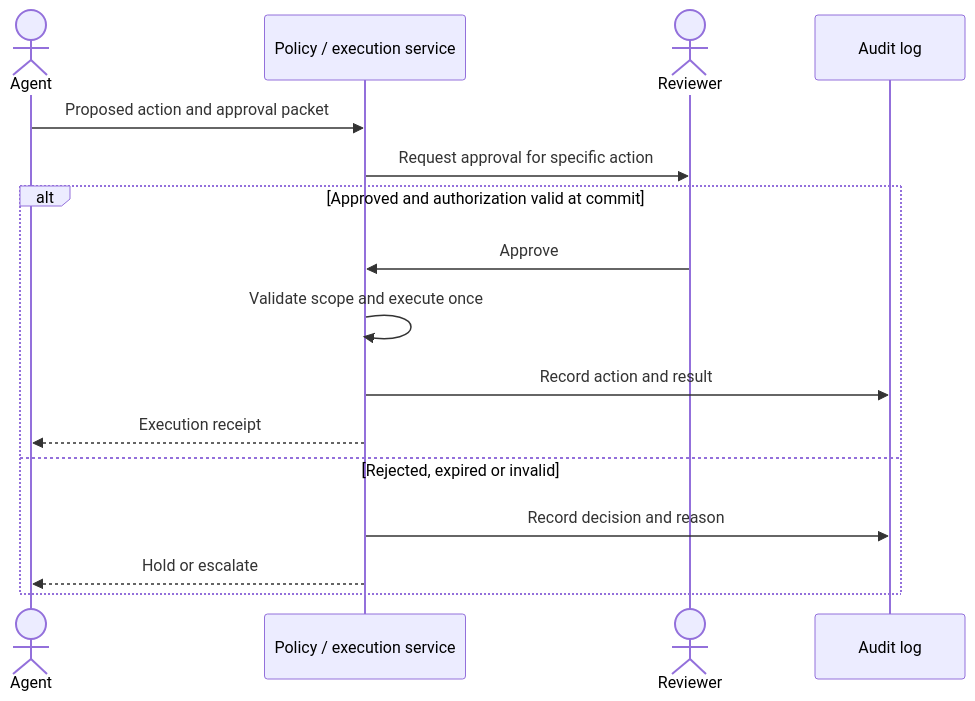
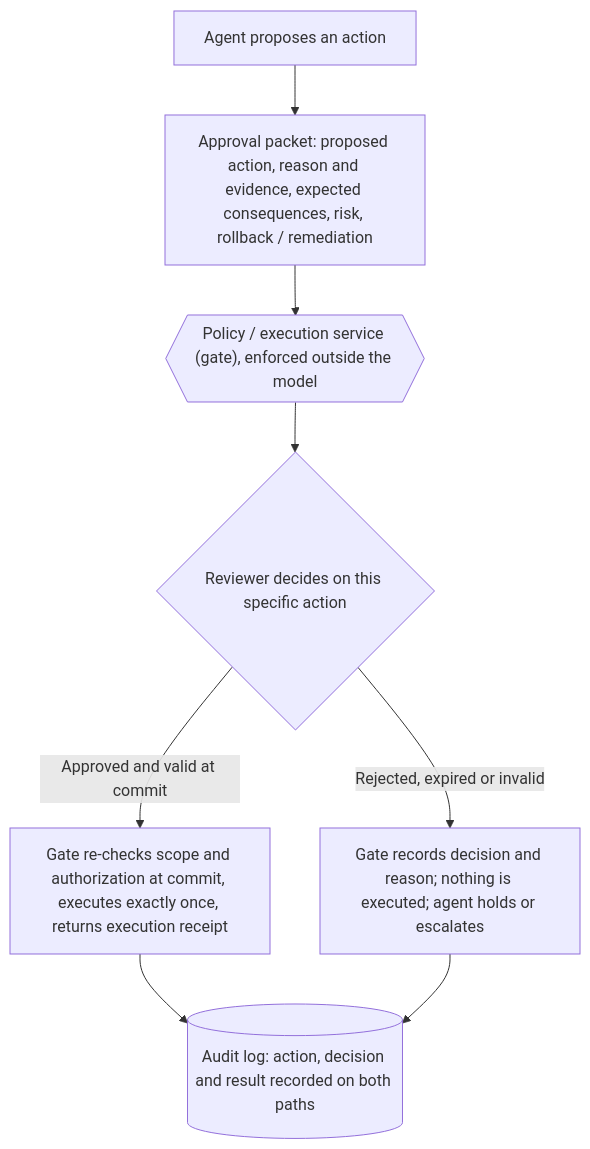
Before and after one commit to raoulbia-ai/agentic-ai-engineering-framework: the third of 7 diagrams in docs/agentic-ai-engineering-framework.md, drawn with Mermaid. The commit also changed 3 other files, not shown here.

Commit message:
Sync framework to current v3: approval flow as flowchart; skill v0.1.6

````diff
--- a/docs/agentic-ai-engineering-framework.md
+++ b/docs/agentic-ai-engineering-framework.md
@@ -197,18 +197,10 @@
 ```mermaid
-sequenceDiagram
-    actor Agent
-    participant Gate as Policy / execution service
-    actor Reviewer
-    participant Audit as Audit log
-    Agent->>Gate: Proposed action and approval packet
-    Gate->>Reviewer: Request approval for specific action
-    alt Approved and authorization valid at commit
-        Reviewer->>Gate: Approve
-        Gate->>Gate: Validate scope and execute once
-        Gate->>Audit: Record action and result
-        Gate-->>Agent: Execution receipt
-    else Rejected, expired or invalid
-        Gate->>Audit: Record decision and reason
-        Gate-->>Agent: Hold or escalate
-    end
+flowchart TD
+    A[Agent proposes an action] --> P["Approval packet: proposed action, reason and evidence, expected consequences, risk, rollback / remediation"]
+    P --> G{{"Policy / execution service (gate), enforced outside the model"}}
+    G --> R{Reviewer decides on this specific action}
+    R -->|Approved and valid at commit| Y["Gate re-checks scope and authorization at commit, executes exactly once, returns execution receipt"]
+    R -->|Rejected, expired or invalid| N["Gate records decision and reason; nothing is executed; agent holds or escalates"]
+    Y --> L[(Audit log: action, decision and result recorded on both paths)]
+    N --> L
 ```
````
